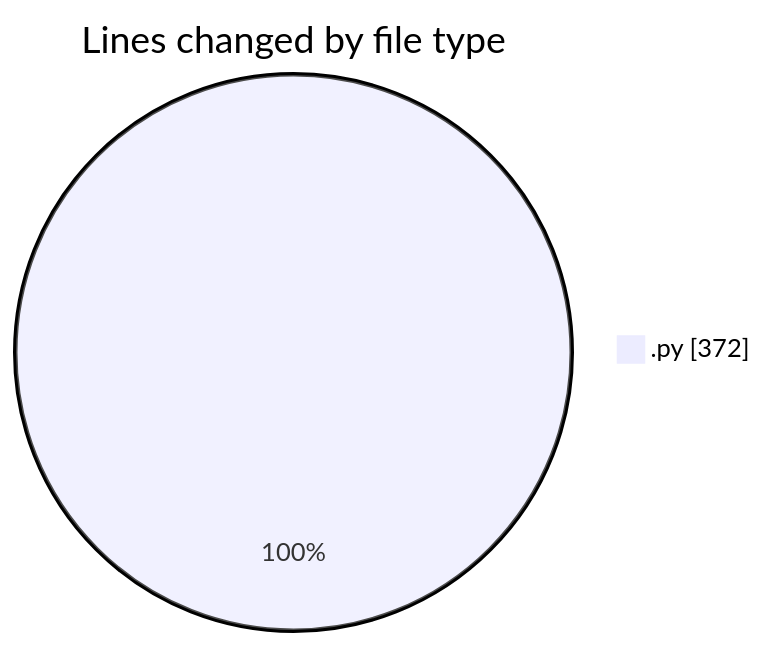
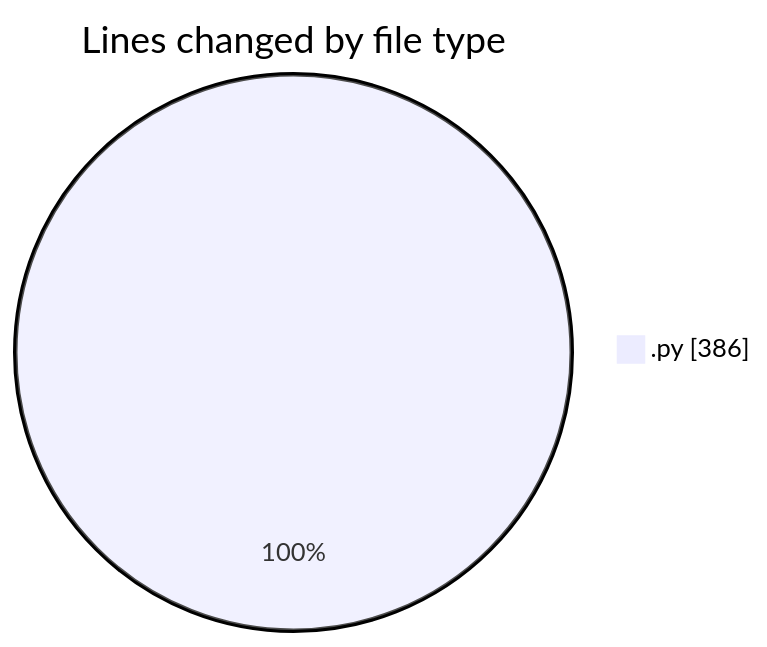
One commit to julien-gomy/code-tracking changed the first of 2 diagrams in 2025-10-11/eventscop-api-guide__workspace_/README.md. Above: the diagram before and after it, drawn with Mermaid. The commit also changed other lines of this file and 1 other file, not shown here.

````diff
--- a/2025-10-11/eventscop-api-guide__workspace_/README.md
+++ b/2025-10-11/eventscop-api-guide__workspace_/README.md
@@ -21,5 +21,5 @@
 ```mermaid
 pie showData
 title Lines changed by file type
-".py" : 372
+".py" : 386
 ```
````
